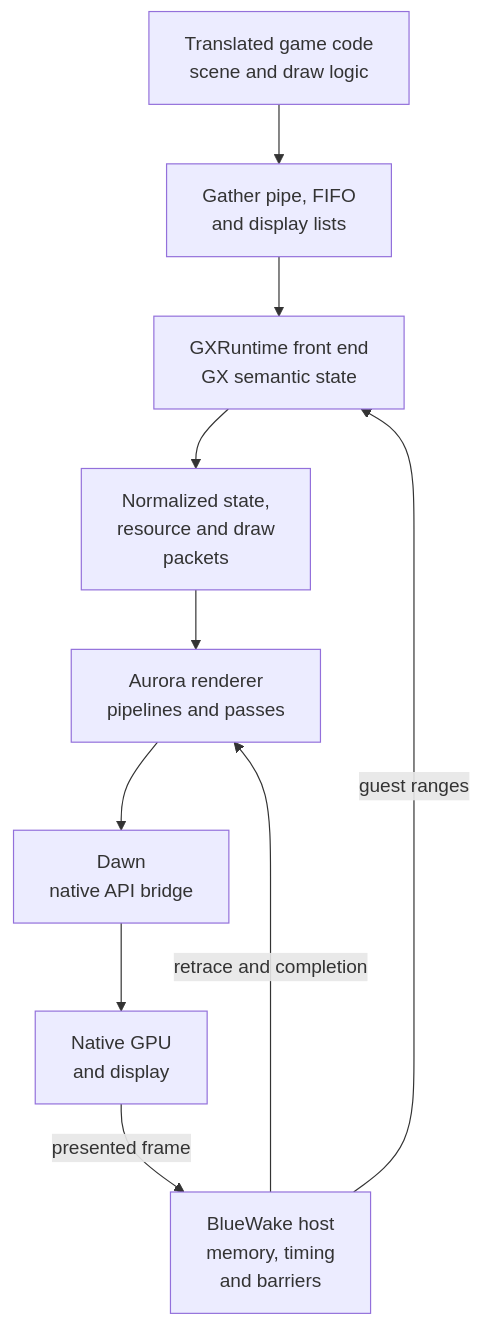
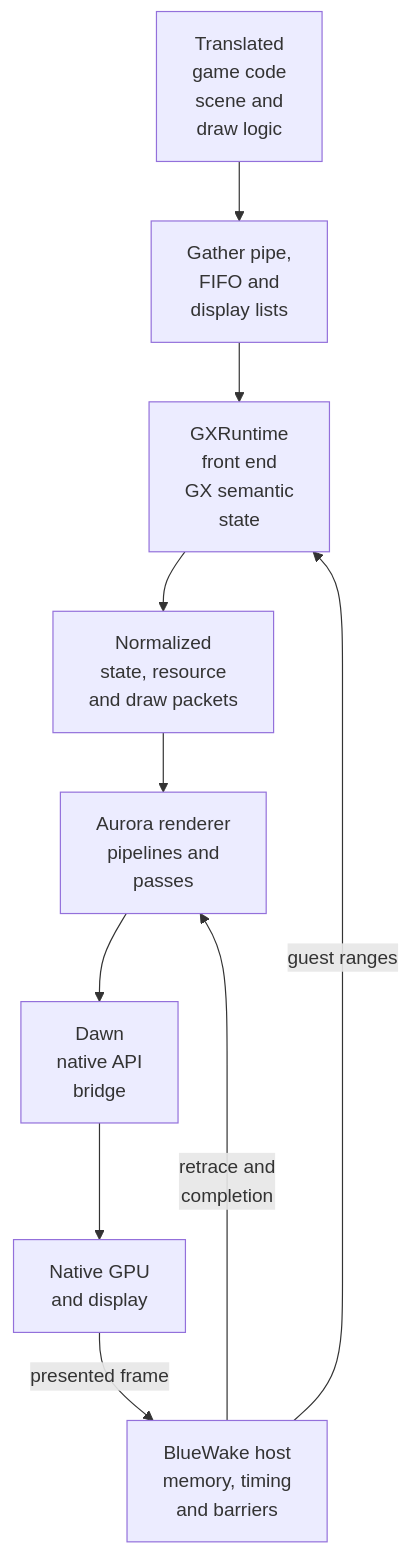
Before and after one commit to Aelbannan/boat_of_daphnes: the seventh of 11 diagrams in docs/architecture/Graphics.md, drawn with Mermaid. The commit also changed other lines of this file, not shown here.

Commit message:
Wrap Graphics labels more tightly

````diff
--- a/docs/architecture/Graphics.md
+++ b/docs/architecture/Graphics.md
@@ -402,16 +402,16 @@
 ```mermaid
 flowchart TD
-    Game["Translated game code<br>scene and draw logic"]
-    FIFO["Gather pipe, FIFO<br>and display lists"]
-    GX["GXRuntime front end<br>GX semantic state"]
-    Packets["Normalized state,<br>resource and draw<br>packets"]
-    Aurora["Aurora renderer<br>pipelines and passes"]
-    Dawn["Dawn<br>native API bridge"]
+    Game["Translated<br>game code<br>scene and<br>draw logic"]
+    FIFO["Gather pipe,<br>FIFO and<br>display lists"]
+    GX["GXRuntime<br>front end<br>GX semantic<br>state"]
+    Packets["Normalized<br>state, resource<br>and draw packets"]
+    Aurora["Aurora renderer<br>pipelines and<br>passes"]
+    Dawn["Dawn<br>native API<br>bridge"]
     GPU["Native GPU<br>and display"]
     Host["BlueWake host<br>memory, timing<br>and barriers"]
 
     Game --> FIFO --> GX --> Packets --> Aurora --> Dawn --> GPU
     Host -->|"guest ranges"| GX
-    Host -->|"retrace and completion"| Aurora
+    Host -->|"retrace and<br>completion"| Aurora
     GPU -->|"presented frame"| Host
 ```
````
